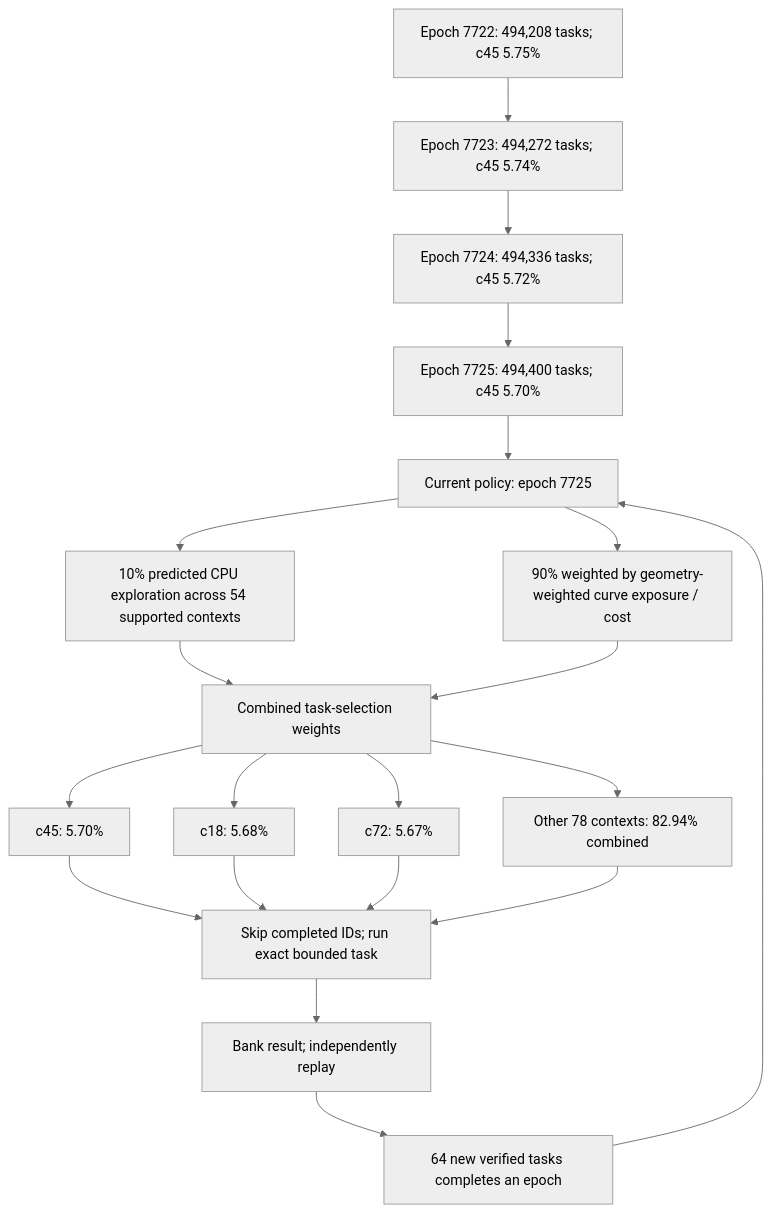
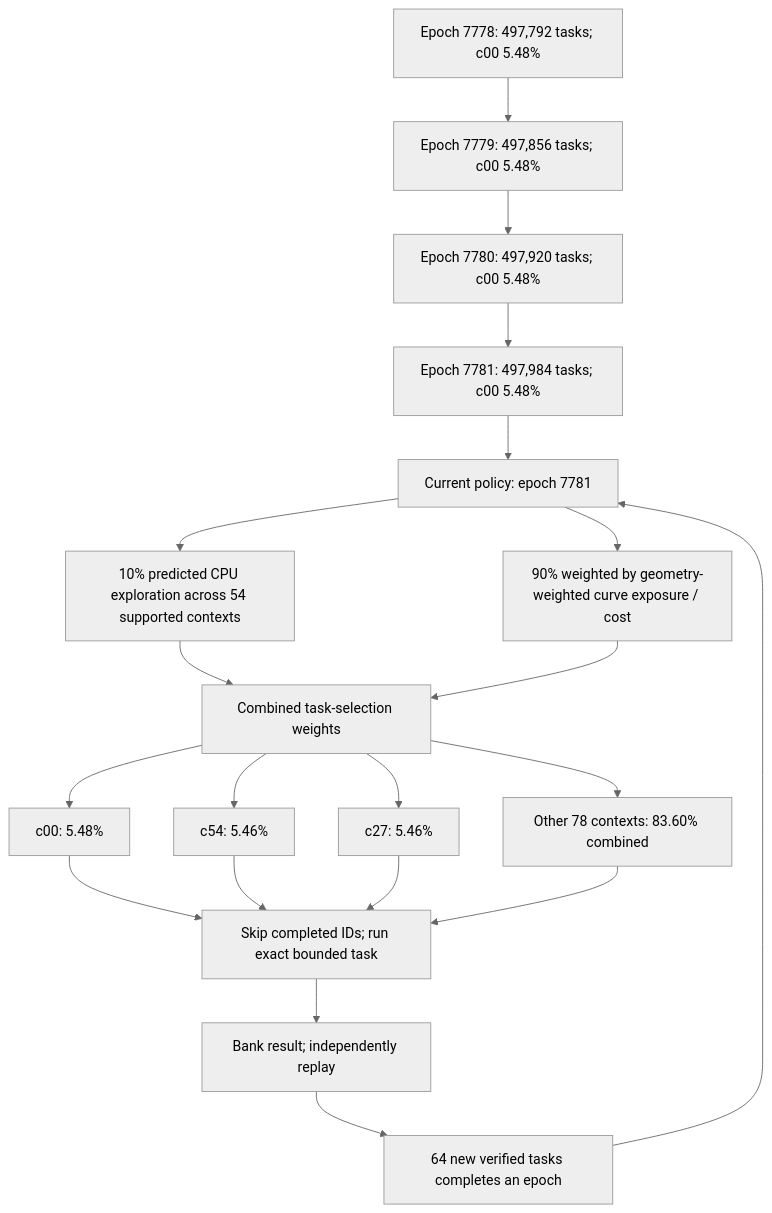
One commit to Kuberwastaken/math-gambling changed the first of 4 diagrams in README.md. Above: the diagram before and after it, drawn with Mermaid (neutral theme). The commit also changed other lines of this file and 7882 other files, not shown here.

````diff
--- a/README.md
+++ b/README.md
@@ -60,27 +60,27 @@
 ```mermaid
 flowchart TD
-    H0["Epoch 7722: 494,208 tasks; c45 5.75%"]
-    H1["Epoch 7723: 494,272 tasks; c45 5.74%"]
+    H0["Epoch 7778: 497,792 tasks; c00 5.48%"]
+    H1["Epoch 7779: 497,856 tasks; c00 5.48%"]
     H0 --> H1
-    H2["Epoch 7724: 494,336 tasks; c45 5.72%"]
+    H2["Epoch 7780: 497,920 tasks; c00 5.48%"]
     H1 --> H2
-    H3["Epoch 7725: 494,400 tasks; c45 5.70%"]
+    H3["Epoch 7781: 497,984 tasks; c00 5.48%"]
     H2 --> H3
-    Policy["Current policy: epoch 7725"]
+    Policy["Current policy: epoch 7781"]
     H3 --> Policy
     Policy --> Explore["10% predicted CPU exploration across 54 supported contexts"]
     Policy --> Cost["90% weighted by geometry-weighted curve exposure / cost"]
     Explore --> Mix["Combined task-selection weights"]
     Cost --> Mix
-    Mix --> C0["c45: 5.70%"]
-    Mix --> C1["c18: 5.68%"]
-    Mix --> C2["c72: 5.67%"]
-    Mix --> Rest["Other 78 contexts: 82.94% combined"]
+    Mix --> C0["c00: 5.48%"]
+    Mix --> C1["c54: 5.46%"]
+    Mix --> C2["c27: 5.46%"]
+    Mix --> Rest["Other 78 contexts: 83.60% combined"]
     C0 --> Check["Skip completed IDs; run exact bounded task"]
     C1 --> Check
     C2 --> Check
     Rest --> Check
     Check --> Replay["Bank result; independently replay"]
     Replay --> Gate["64 new verified tasks completes an epoch"]
     Gate --> Policy
 ```
````
